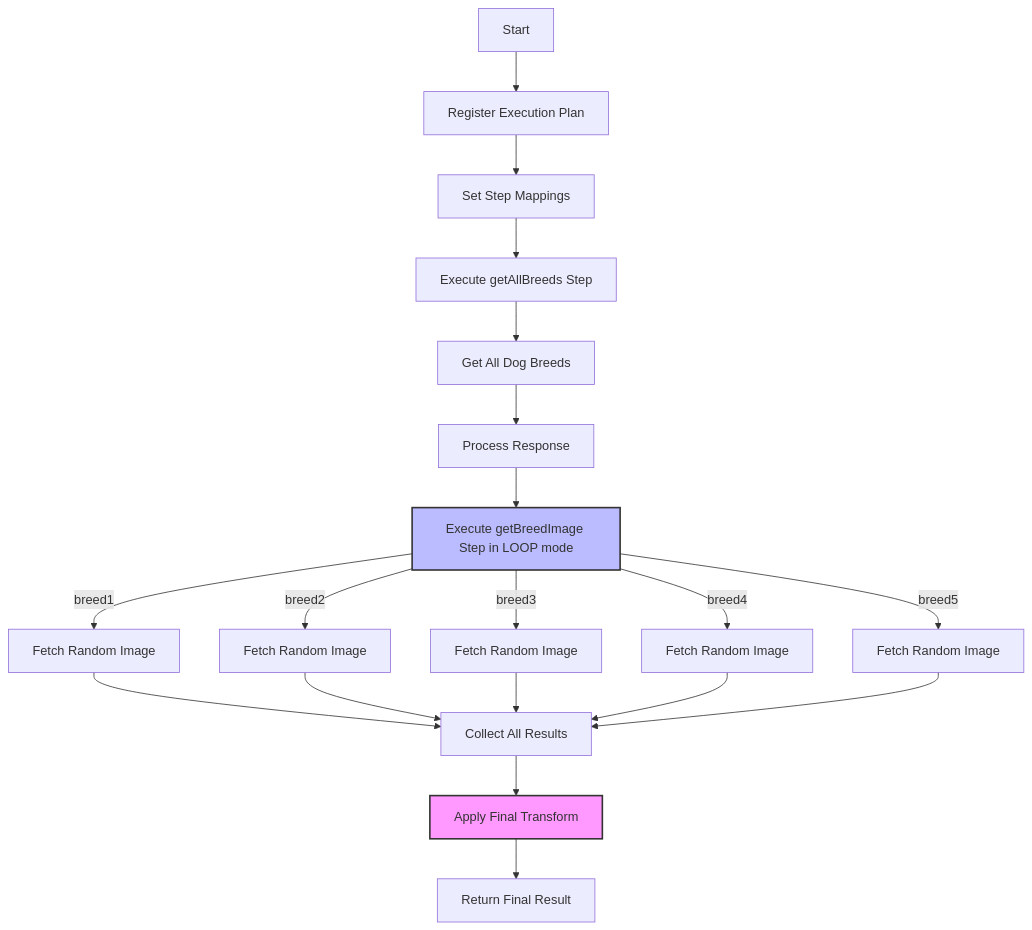
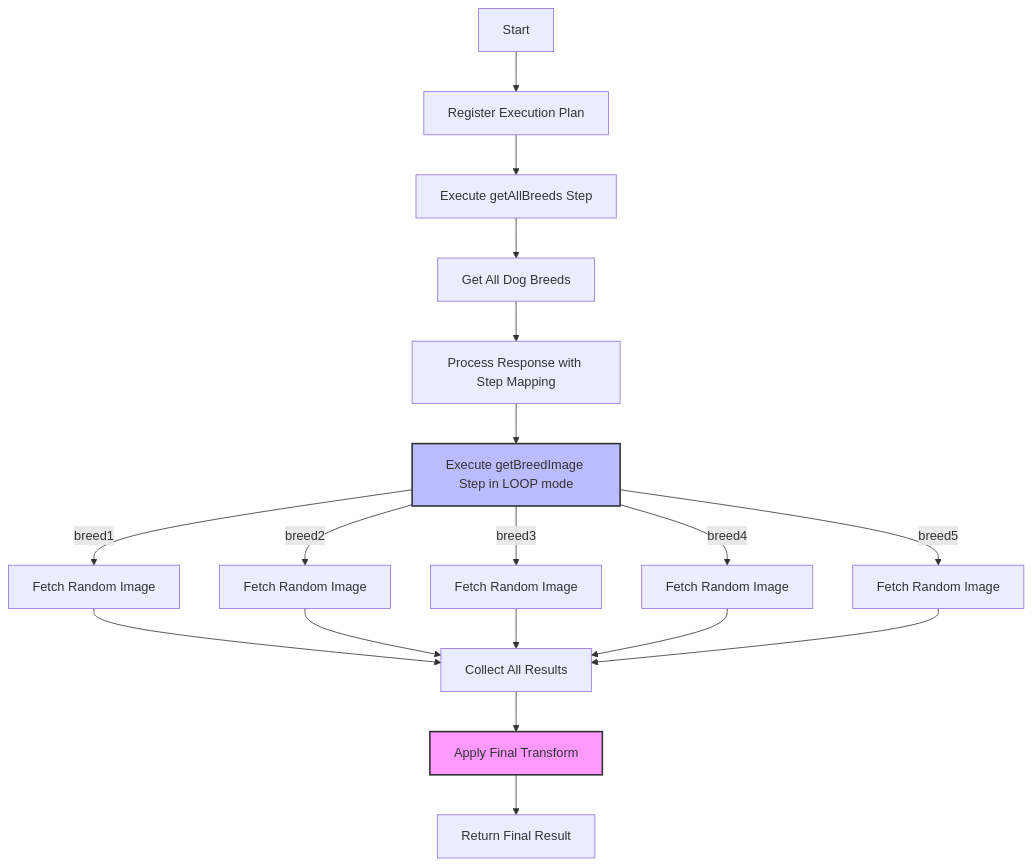
The fourth of 4 diagrams in packages/core/components/workflow/README.md (superglue-ai/superglue), drawn with Mermaid before and after one commit. The commit also changed other lines of this file, not shown here.

````diff
--- a/packages/core/components/workflow/README.md
+++ b/packages/core/components/workflow/README.md
@@ -113,27 +113,26 @@
 ```mermaid
 flowchart TD
     A[Start] --> B[Register Execution Plan]
-    B --> C[Set Step Mappings]
-    C --> D[Execute getAllBreeds Step]
+    B --> D[Execute getAllBreeds Step]
     D --> E[Get All Dog Breeds]
-    E --> F[Process Response]
+    E --> F[Process Response with Step Mapping]
     F --> G[Execute getBreedImage Step in LOOP mode]
     
     G --> |breed1| H1[Fetch Random Image]
     G --> |breed2| H2[Fetch Random Image]
     G --> |breed3| H3[Fetch Random Image]
     G --> |breed4| H4[Fetch Random Image]
     G --> |breed5| H5[Fetch Random Image]
     
     H1 --> I[Collect All Results]
     H2 --> I
     H3 --> I
     H4 --> I
     H5 --> I
     
     I --> J[Apply Final Transform]
     J --> K[Return Final Result]
     
     style G fill:#bbf,stroke:#333,stroke-width:2px
     style J fill:#f9f,stroke:#333,stroke-width:2px
 ```
````
